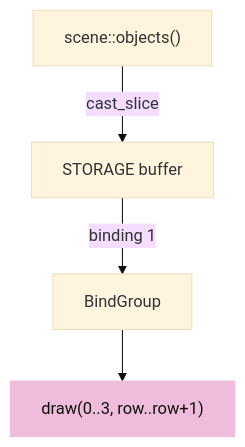
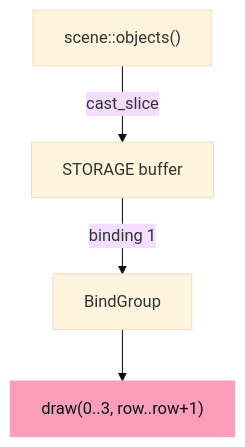
Before and after one commit to petrasvestartas/session: the sixth of 6 diagrams in session_viewer/docs/03-identity.md, drawn with Mermaid (base theme). The commit also changed other lines of this file and 328 other files, not shown here.

First line of the commit message:
Course: the palette you sent, and mermaid drawn like the drawings

````diff
--- a/session_viewer/docs/03-identity.md
+++ b/session_viewer/docs/03-identity.md
@@ -137,7 +137,7 @@
 ```mermaid
 flowchart TB
     O["scene::objects()"] -- "cast_slice" --> S["STORAGE buffer"]
     S -- "binding 1" --> G["BindGroup"]
     G --> D["draw(0..3, row..row+1)"]
-    style D fill:#f0bcdb,stroke:#f0bcdb,color:#111
+    style D fill:#fa9ebc,stroke:#fa9ebc,color:#111
 ```
````
